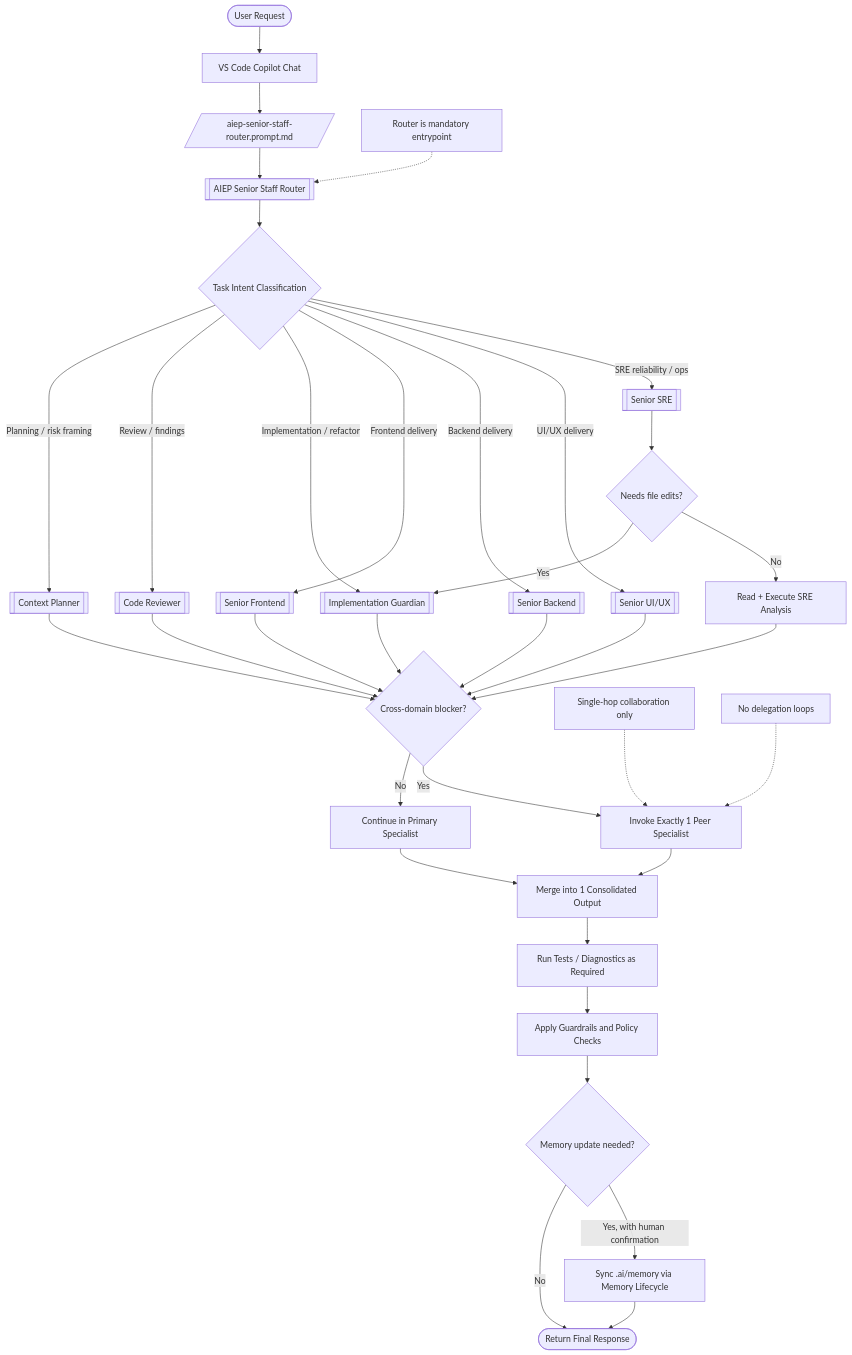
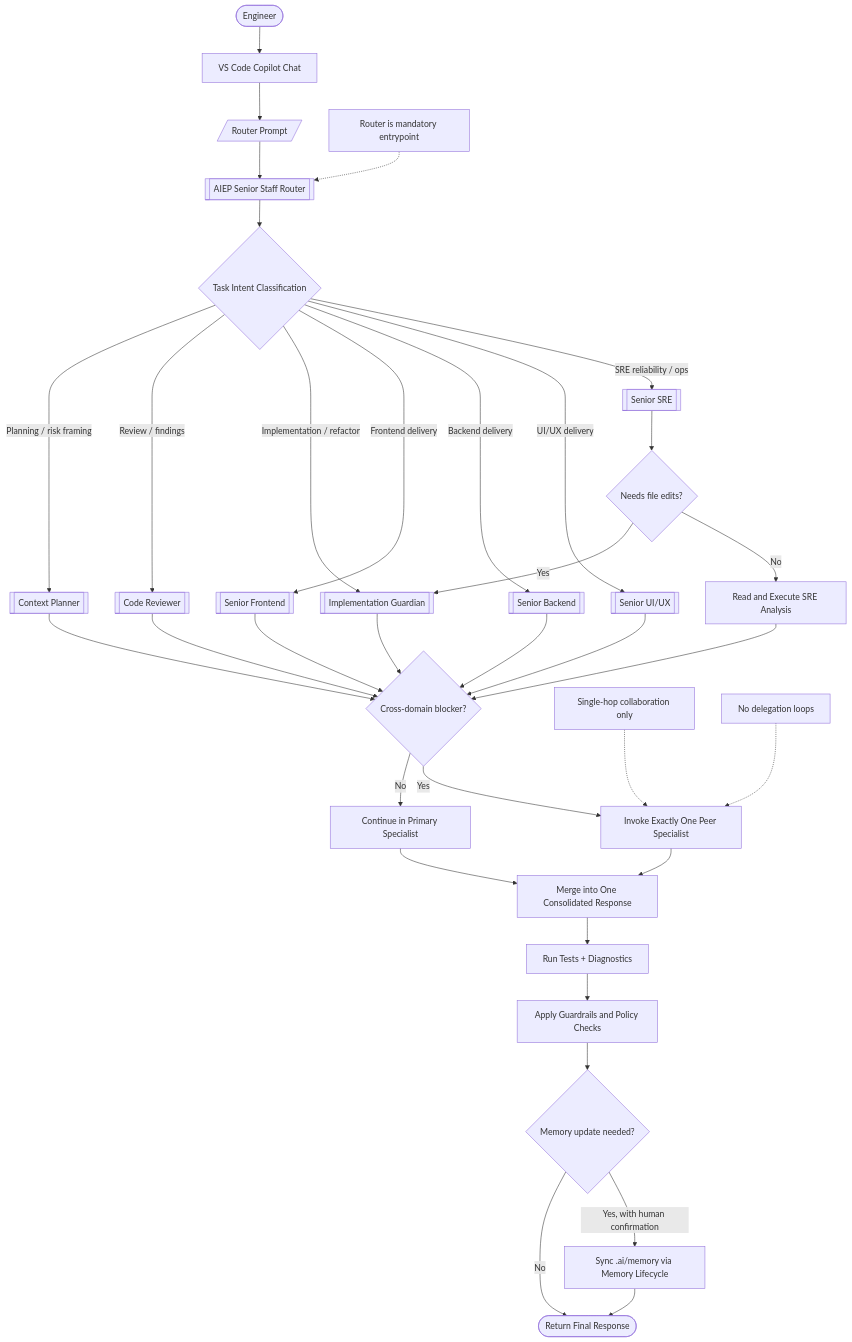
One commit to nabarros/AI-Engineering-Platform changed the second of 2 diagrams in README.md. Above: the diagram before and after it, drawn with Mermaid. The commit also changed other lines of this file and 12 other files, not shown here.

Commit message:
Implement skill orchestration instructions and enhance agent workflows for improved governance and collaboration across AIEP agents; update README and add maturity report for clarity on repository purpose and structure.

````diff
--- a/README.md
+++ b/README.md
@@ -154,46 +161,46 @@
 ```mermaid
 flowchart TD
-  A([User Request]) --> B[VS Code Copilot Chat]
-  B --> C[/aiep-senior-staff-router.prompt.md/]
-  C --> D[[AIEP Senior Staff Router]]
+  user([Engineer]) --> chat[VS Code Copilot Chat]
+  chat --> prompt[/Router Prompt/]
+  prompt --> router[[AIEP Senior Staff Router]]
 
-  D --> E{Task Intent Classification}
-  E -->|Planning / risk framing| P[[Context Planner]]
-  E -->|Review / findings| R[[Code Reviewer]]
-  E -->|Implementation / refactor| I[[Implementation Guardian]]
-  E -->|Frontend delivery| F[[Senior Frontend]]
-  E -->|Backend delivery| K[[Senior Backend]]
-  E -->|UI/UX delivery| U[[Senior UI/UX]]
-  E -->|SRE reliability / ops| S[[Senior SRE]]
+  router --> intent{Task Intent Classification}
+  intent -->|Planning / risk framing| planner[[Context Planner]]
+  intent -->|Review / findings| reviewer[[Code Reviewer]]
+  intent -->|Implementation / refactor| impl[[Implementation Guardian]]
+  intent -->|Frontend delivery| fe[[Senior Frontend]]
+  intent -->|Backend delivery| be[[Senior Backend]]
+  intent -->|UI/UX delivery| ux[[Senior UI/UX]]
+  intent -->|SRE reliability / ops| sre[[Senior SRE]]
 
-  S --> S1{Needs file edits?}
-  S1 -->|Yes| I
-  S1 -->|No| X[Read + Execute SRE Analysis]
+  sre --> sreGate{Needs file edits?}
+  sreGate -->|Yes| impl
+  sreGate -->|No| sreRead[Read and Execute SRE Analysis]
 
-  P --> H{Cross-domain blocker?}
-  R --> H
-  I --> H
-  F --> H
-  K --> H
-  U --> H
-  X --> H
+  planner --> blocker{Cross-domain blocker?}
+  reviewer --> blocker
+  impl --> blocker
+  fe --> blocker
+  be --> blocker
+  ux --> blocker
+  sreRead --> blocker
 
-  H -->|No| Q[Continue in Primary Specialist]
-  H -->|Yes| J[Invoke Exactly 1 Peer Specialist]
-  J --> L[Merge into 1 Consolidated Output]
-  Q --> L
+  blocker -->|No| continue[Continue in Primary Specialist]
+  blocker -->|Yes| peer[Invoke Exactly One Peer Specialist]
+  peer --> merge[Merge into One Consolidated Response]
+  continue --> merge
 
-  L --> M[Run Tests / Diagnostics as Required]
-  M --> N[Apply Guardrails and Policy Checks]
-  N --> O{Memory update needed?}
-  O -->|No| Z([Return Final Response])
-  O -->|Yes, with human confirmation| W[Sync .ai/memory via Memory Lifecycle]
-  W --> Z
+  merge --> validate[Run Tests + Diagnostics]
+  validate --> guardrails[Apply Guardrails and Policy Checks]
+  guardrails --> memoryGate{Memory update needed?}
+  memoryGate -->|No| done([Return Final Response])
+  memoryGate -->|Yes, with human confirmation| memorySync[Sync .ai/memory via Memory Lifecycle]
+  memorySync --> done
 
-  G1[Single-hop collaboration only]
-  G2[No delegation loops]
-  G3[Router is mandatory entrypoint]
-  G1 -.-> J
-  G2 -.-> J
-  G3 -.-> D
+  rule1[Single-hop collaboration only]
+  rule2[No delegation loops]
+  rule3[Router is mandatory entrypoint]
+  rule1 -.-> peer
+  rule2 -.-> peer
+  rule3 -.-> router
 ```
````
